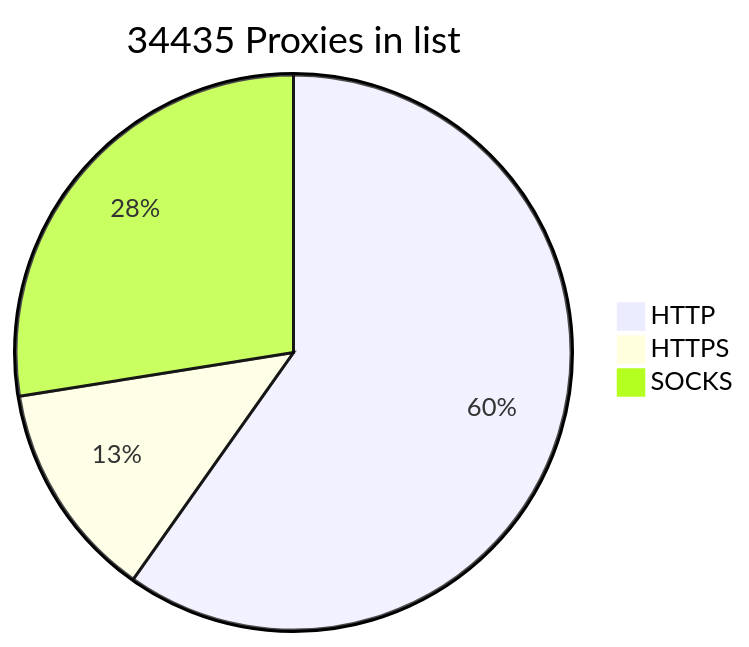
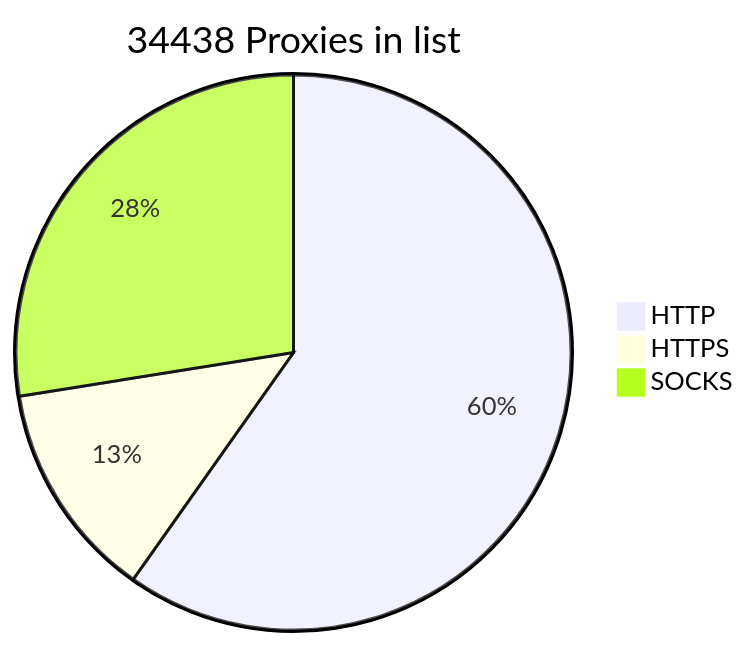
One commit to BlackSnowDot/proxylist-update-every-minute changed the diagram in README.md. Above: the diagram before and after it, drawn with Mermaid.

````diff
--- a/README.md
+++ b/README.md
@@ -2,6 +2,6 @@
 ```mermaid
-pie title 34435 Proxies in list
-    "HTTP" : 22825
-    "HTTPS": 4843
+pie title 34438 Proxies in list
+    "HTTP" : 22829
+    "HTTPS": 4847
     "SOCKS" : 10507
 ```
````
